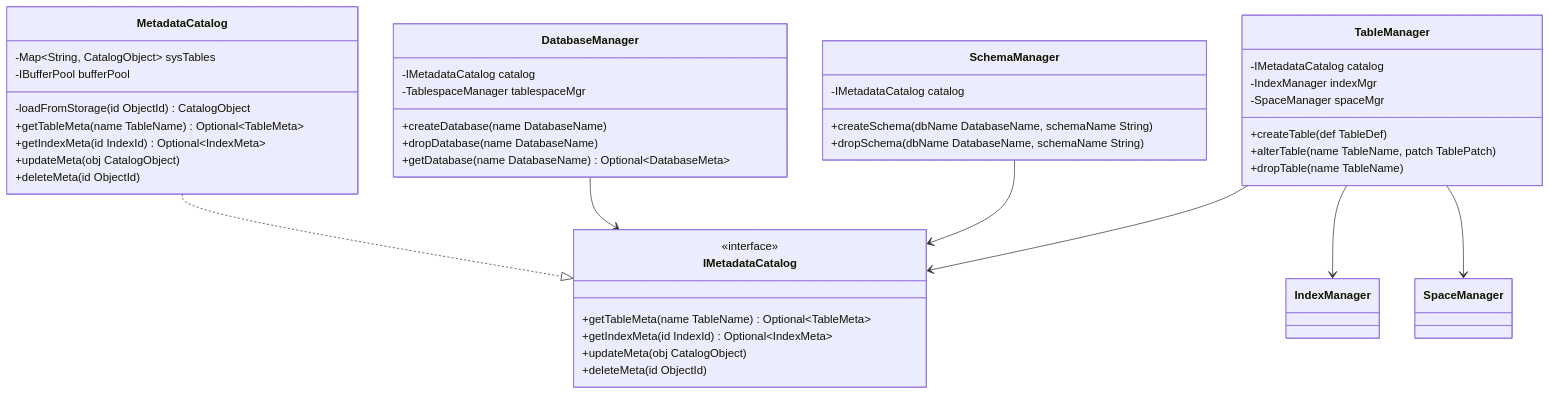
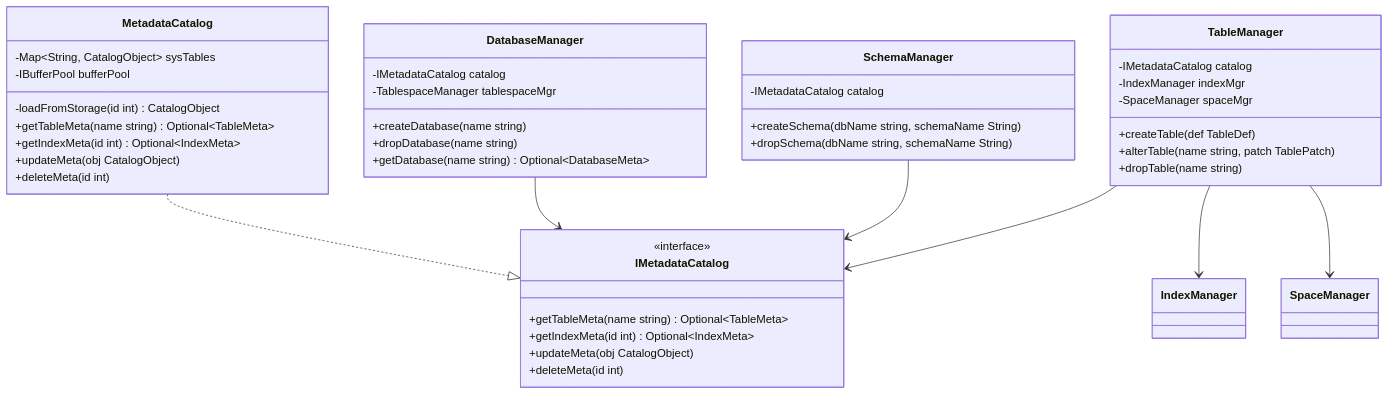
One commit to Hagiakhanh/bbv-dbms changed the ninth of 10 diagrams in README.md. Above: the diagram before and after it, drawn with Mermaid. The commit also changed other lines of this file and 128 other files, not shown here.

````diff
--- a/README.md
+++ b/README.md
@@ -742,51 +742,51 @@
 ```mermaid
 classDiagram
 
     class IMetadataCatalog {
         <<interface>>
-        +getTableMeta(name TableName) Optional~TableMeta~
-        +getIndexMeta(id IndexId) Optional~IndexMeta~
+        +getTableMeta(name string) Optional~TableMeta~
+        +getIndexMeta(id int) Optional~IndexMeta~
         +updateMeta(obj CatalogObject)
-        +deleteMeta(id ObjectId)
+        +deleteMeta(id int)
     }
 
     class MetadataCatalog {
         -Map~String, CatalogObject~ sysTables
         -IBufferPool bufferPool
-        -loadFromStorage(id ObjectId) CatalogObject
-        +getTableMeta(name TableName) Optional~TableMeta~
-        +getIndexMeta(id IndexId) Optional~IndexMeta~
+        -loadFromStorage(id int) CatalogObject
+        +getTableMeta(name string) Optional~TableMeta~
+        +getIndexMeta(id int) Optional~IndexMeta~
         +updateMeta(obj CatalogObject)
-        +deleteMeta(id ObjectId)
+        +deleteMeta(id int)
     }
 
     class DatabaseManager {
         -IMetadataCatalog catalog
         -TablespaceManager tablespaceMgr
-        +createDatabase(name DatabaseName)
-        +dropDatabase(name DatabaseName)
-        +getDatabase(name DatabaseName) Optional~DatabaseMeta~
+        +createDatabase(name string)
+        +dropDatabase(name string)
+        +getDatabase(name string) Optional~DatabaseMeta~
     }
 
     class SchemaManager {
         -IMetadataCatalog catalog
-        +createSchema(dbName DatabaseName, schemaName String)
-        +dropSchema(dbName DatabaseName, schemaName String)
+        +createSchema(dbName string, schemaName String)
+        +dropSchema(dbName string, schemaName String)
     }
 
     class TableManager {
         -IMetadataCatalog catalog
         -IndexManager indexMgr
         -SpaceManager spaceMgr
         +createTable(def TableDef)
-        +alterTable(name TableName, patch TablePatch)
-        +dropTable(name TableName)
+        +alterTable(name string, patch TablePatch)
+        +dropTable(name string)
     }
 
     MetadataCatalog ..|> IMetadataCatalog
     DatabaseManager --> IMetadataCatalog
     SchemaManager --> IMetadataCatalog
     TableManager --> IMetadataCatalog
     TableManager --> IndexManager
     TableManager --> SpaceManager
 ```
````
